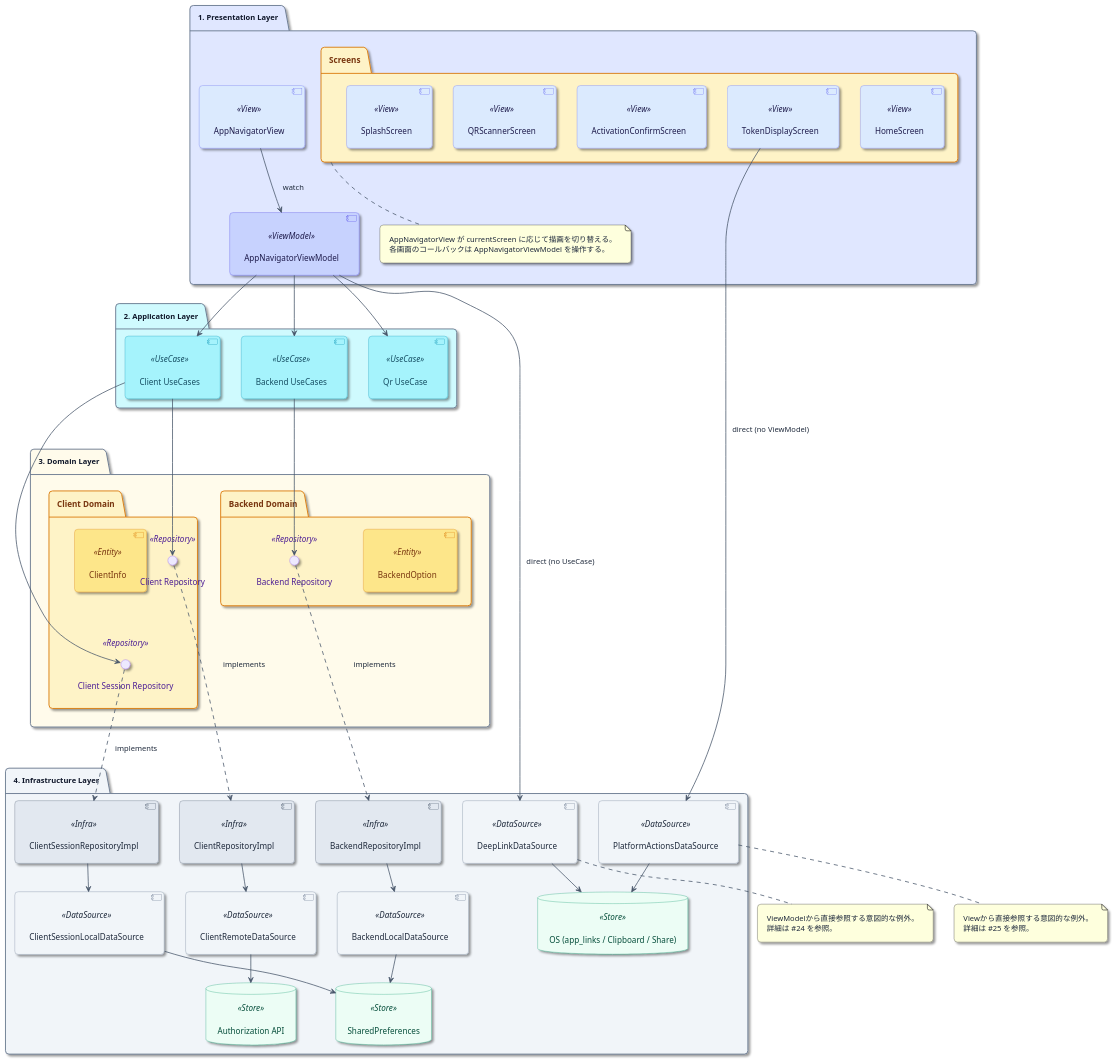
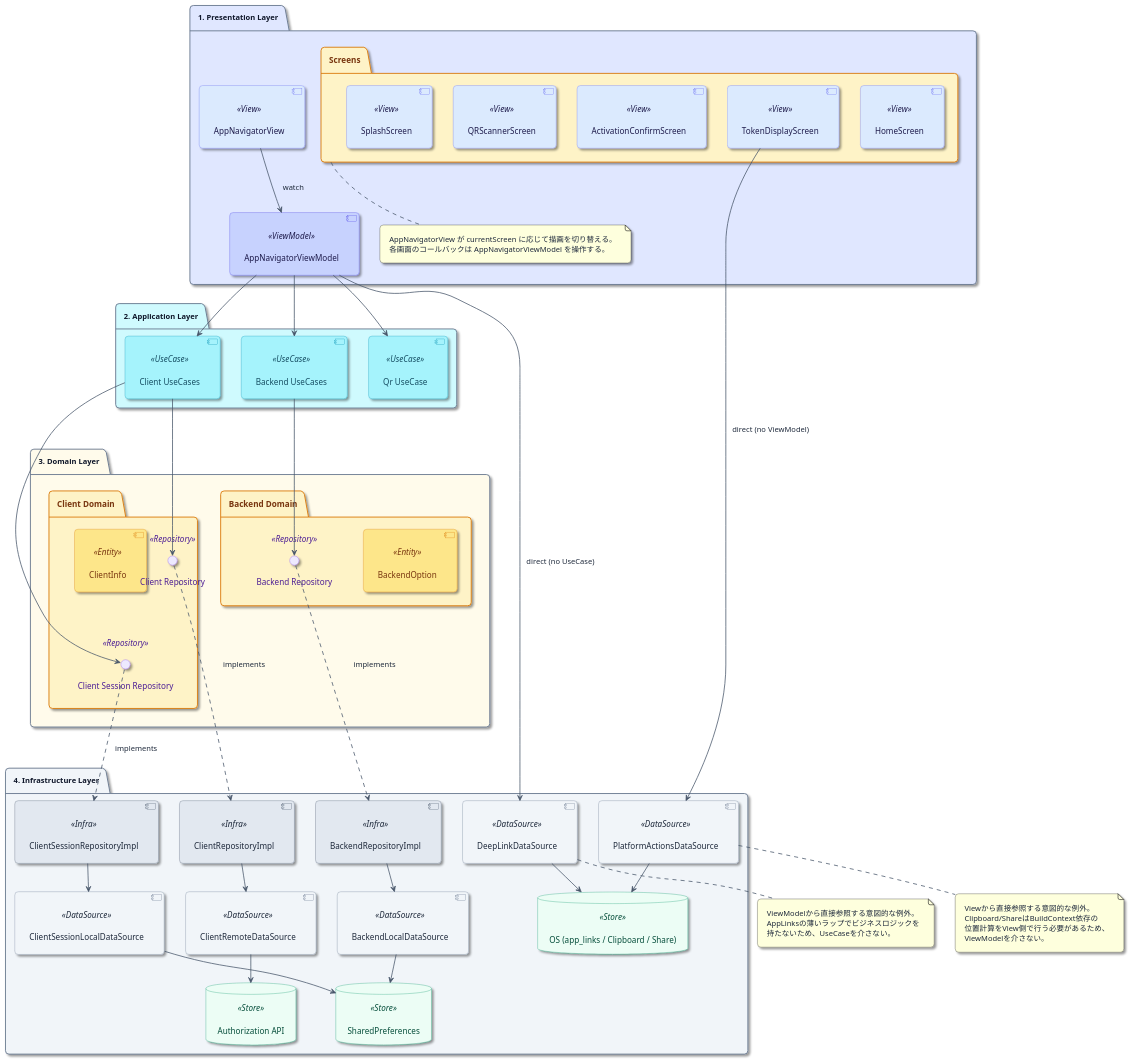
Before and after one commit to bobtabo/authorization-mobile: the diagram in docs/architecture/mobile.puml, drawn with PlantUML. The commit also changed 1 other file, not shown here.

Commit message:
docs(#28): アーキテクチャ図のnoteからIssue参照を削除
この図はNotionに単体で貼る用途があり、Notion上ではGitHub Issueの文脈を
参照できないため、「詳細は #24/#25 を参照」という書き方をやめ、
レイヤー越えが意図的である理由をnote内に自己完結させる。

```diff
--- a/docs/architecture/mobile.puml
+++ b/docs/architecture/mobile.puml
@@ -1,174 +1,177 @@
 @startuml
 ' authorization-mobile の MVVM + Clean Architecture 構成図
 ' bobtabo/authorization の docs/architecture/backend.puml のモバイル版（配色・ステレオタイプ規約を踏襲）
 skinparam shadowing true
 skinparam roundcorner 12
 skinparam Padding 10
 skinparam BoxPadding 8
 skinparam nodesep 36
 skinparam ranksep 48
 top to bottom direction
 
 skinparam defaultFontColor #1E293B
 skinparam ArrowColor #475569
 skinparam ArrowThickness 1.3
 
 skinparam package {
     BorderColor #64748B
     FontColor #0F172A
     FontStyle bold
     FontSize 13
 }
 
 skinparam component<<View>> {
     BackgroundColor #DBEAFE
     BorderColor #6366F1
     FontColor #1E1B4B
 }
 skinparam component<<ViewModel>> {
     BackgroundColor #C7D2FE
     BorderColor #4F46E5
     FontColor #1E1B4B
 }
 skinparam component<<UseCase>> {
     BackgroundColor #A5F3FC
     BorderColor #0891B2
     FontColor #164E63
 }
 skinparam component<<Entity>> {
     BackgroundColor #FDE68A
     BorderColor #D97706
     FontColor #78350F
 }
 skinparam component<<Infra>> {
     BackgroundColor #E2E8F0
     BorderColor #475569
     FontColor #1E293B
 }
 skinparam component<<DataSource>> {
     BackgroundColor #F1F5F9
     BorderColor #64748B
     FontColor #1E293B
 }
 
 skinparam interface<<Repository>> {
     BackgroundColor #EDE9FE
     BorderColor #7C3AED
     FontColor #4C1D95
 }
 
 skinparam database<<Store>> {
     BackgroundColor #ECFDF5
     BorderColor #059669
     FontColor #064E3B
 }
 
 skinparam folder {
     BackgroundColor #FEF3C7
     BorderColor #D97706
     FontColor #78350F
 }
 
 package "1. Presentation Layer" #E0E7FF {
     [AppNavigatorView] <<View>>
     folder "Screens" {
         [SplashScreen] <<View>>
         [QRScannerScreen] <<View>>
         [ActivationConfirmScreen] <<View>>
         [TokenDisplayScreen] <<View>>
         [HomeScreen] <<View>>
         [SplashScreen] -[hidden]right- [QRScannerScreen]
         [QRScannerScreen] -[hidden]right- [ActivationConfirmScreen]
         [ActivationConfirmScreen] -[hidden]right- [TokenDisplayScreen]
         [TokenDisplayScreen] -[hidden]right- [HomeScreen]
     }
     [AppNavigatorViewModel] <<ViewModel>>
     [AppNavigatorView] -[hidden]right- "Screens"
     "Screens" -[hidden]right- [AppNavigatorViewModel]
 
     note bottom of "Screens"
       AppNavigatorView が currentScreen に応じて描画を切り替える。
       各画面のコールバックは AppNavigatorViewModel を操作する。
     end note
 }
 
 package "2. Application Layer" #CFFAFE {
     [Client UseCases] <<UseCase>>
     [Backend UseCases] <<UseCase>>
     [Qr UseCase] <<UseCase>>
     [Client UseCases] -[hidden]right- [Backend UseCases]
     [Backend UseCases] -[hidden]right- [Qr UseCase]
 }
 
 package "3. Domain Layer" #FFFBEB {
     folder "Client Domain" {
         [ClientInfo] <<Entity>>
         interface "Client Repository" <<Repository>>
         interface "Client Session Repository" <<Repository>>
         [ClientInfo] -[hidden]right- "Client Repository"
         "Client Repository" -[hidden]down- "Client Session Repository"
     }
     folder "Backend Domain" {
         [BackendOption] <<Entity>>
         interface "Backend Repository" <<Repository>>
     }
     "Client Domain" -[hidden]right- "Backend Domain"
 }
 
 package "4. Infrastructure Layer" #F1F5F9 {
     [ClientRepositoryImpl] <<Infra>>
     [ClientSessionRepositoryImpl] <<Infra>>
     [BackendRepositoryImpl] <<Infra>>
     [ClientRemoteDataSource] <<DataSource>>
     [ClientSessionLocalDataSource] <<DataSource>>
     [BackendLocalDataSource] <<DataSource>>
     [DeepLinkDataSource] <<DataSource>>
     [PlatformActionsDataSource] <<DataSource>>
     database "Authorization API" as api <<Store>>
     database "SharedPreferences" as prefs <<Store>>
     database "OS (app_links / Clipboard / Share)" as osPlatform <<Store>>
 
     [ClientRepositoryImpl] -[hidden]right- [ClientSessionRepositoryImpl]
     [ClientSessionRepositoryImpl] -[hidden]right- [BackendRepositoryImpl]
 }
 
 [AppNavigatorView] -down-> [AppNavigatorViewModel] : watch
 
 [AppNavigatorViewModel] -down-> [Client UseCases]
 [AppNavigatorViewModel] -down-> [Backend UseCases]
 [AppNavigatorViewModel] -down-> [Qr UseCase]
 
 [Client UseCases] -down-> "Client Repository"
 [Client UseCases] -down-> "Client Session Repository"
 [Backend UseCases] -down-> "Backend Repository"
 
 ' 下向きで「実装」を示す（backend.puml と同じ表現）
 "Client Repository" ..> [ClientRepositoryImpl] : implements
 "Client Session Repository" ..> [ClientSessionRepositoryImpl] : implements
 "Backend Repository" ..> [BackendRepositoryImpl] : implements
 
 [ClientRepositoryImpl] -down-> [ClientRemoteDataSource]
 [ClientSessionRepositoryImpl] -down-> [ClientSessionLocalDataSource]
 [BackendRepositoryImpl] -down-> [BackendLocalDataSource]
 
 [ClientRemoteDataSource] -down-> api
 [ClientSessionLocalDataSource] -down-> prefs
 [BackendLocalDataSource] -down-> prefs
 [DeepLinkDataSource] -down-> osPlatform
 [PlatformActionsDataSource] -down-> osPlatform
 
 ' 意図的なレイヤー越え（純粋なプラットフォーム操作のため、UseCase/Repositoryを介さない）
 [AppNavigatorViewModel] -down-> [DeepLinkDataSource] : direct (no UseCase)
 [TokenDisplayScreen] -down-> [PlatformActionsDataSource] : direct (no ViewModel)
 
 note bottom of [DeepLinkDataSource]
   ViewModelから直接参照する意図的な例外。
-  詳細は #24 を参照。
+  AppLinksの薄いラップでビジネスロジックを
+  持たないため、UseCaseを介さない。
 end note
 
 note bottom of [PlatformActionsDataSource]
   Viewから直接参照する意図的な例外。
-  詳細は #25 を参照。
+  Clipboard/ShareはBuildContext依存の
+  位置計算をView側で行う必要があるため、
+  ViewModelを介さない。
 end note
 
 @enduml
```
